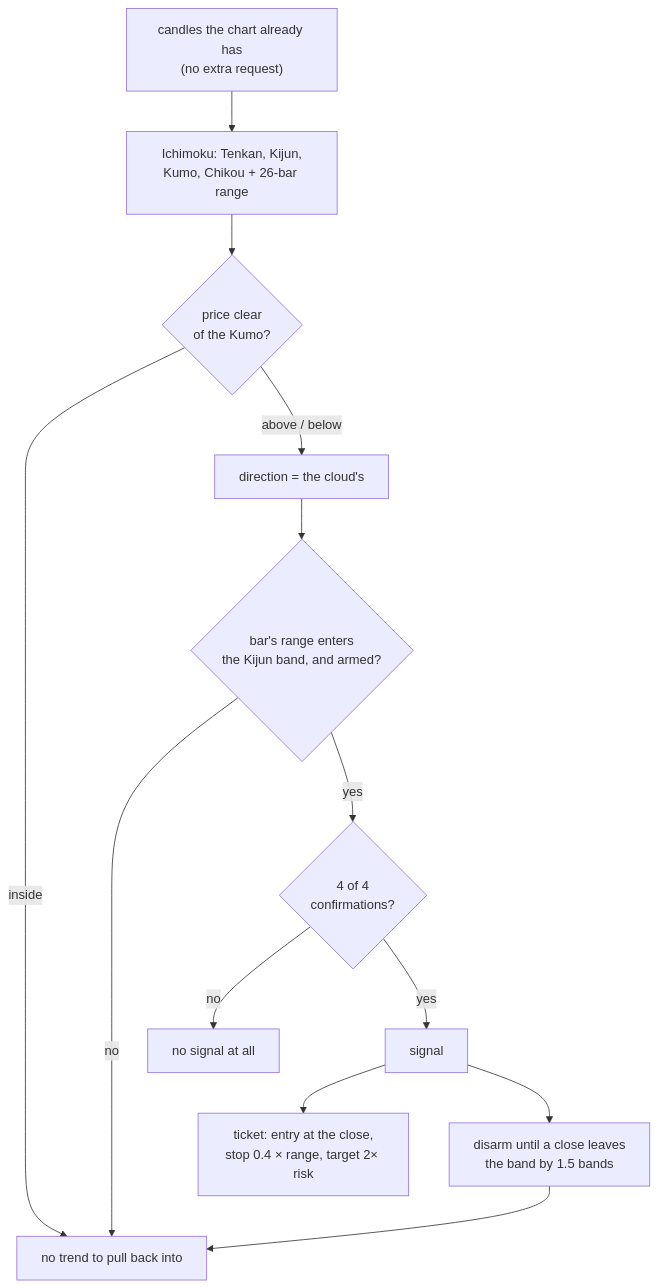
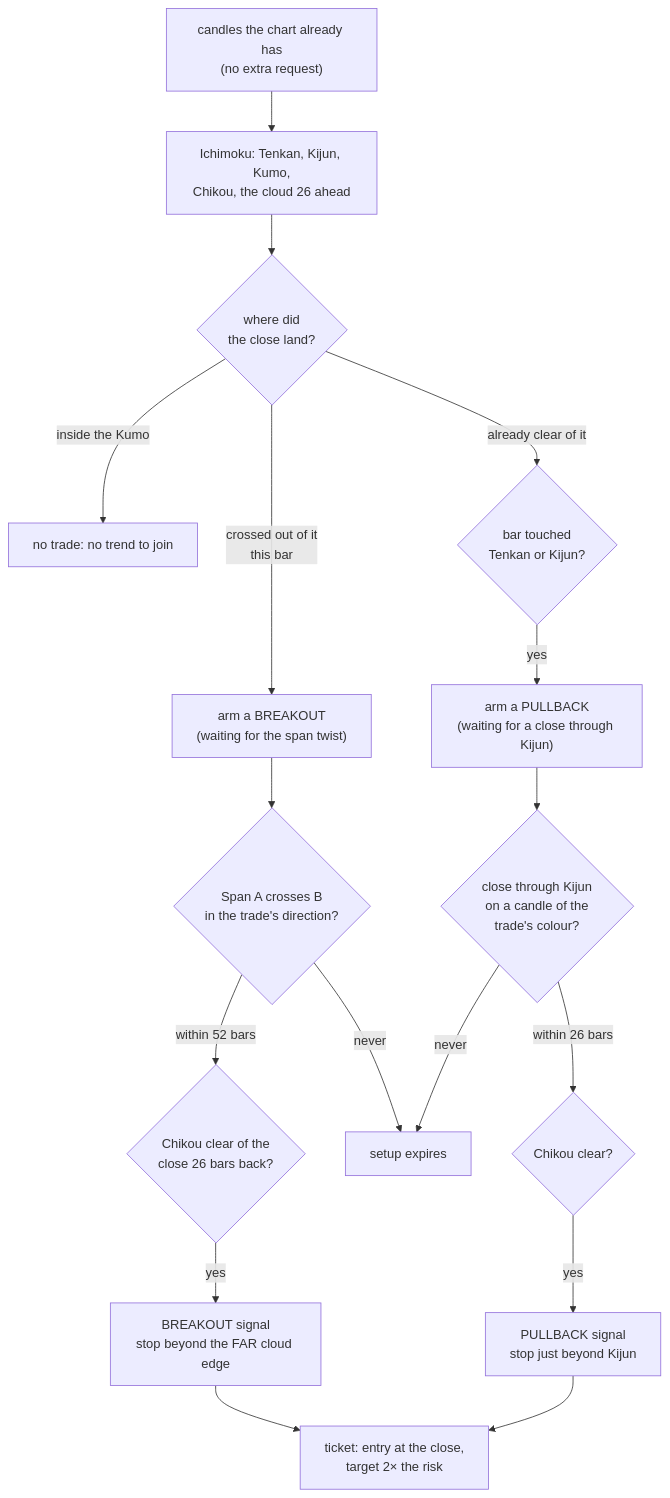
One commit to davide963-ux/ichialgo-ve-rea changed the sixth of 8 diagrams in README.md. Above: the diagram before and after it, drawn with Mermaid. The commit also changed other lines of this file and 43 other files, not shown here.

````diff
--- a/README.md
+++ b/README.md
@@ -410,15 +407,19 @@
 ```mermaid
 flowchart TD
-    C["candles the chart already has<br/>(no extra request)"] --> I["Ichimoku: Tenkan, Kijun,<br/>Kumo, Chikou + 26-bar range"]
-    I --> K{"price clear<br/>of the Kumo?"}
-    K -- "inside" --> W["no trend to pull back into"]
-    K -- "above / below" --> D["direction = the cloud's"]
-    D --> B{"bar's range enters<br/>the Kijun band, and armed?"}
-    B -- no --> W
-    B -- yes --> G{"4 of 4<br/>confirmations?"}
-    G -- no --> X["no signal at all"]
-    G -- yes --> T["signal"]
-    T --> P["ticket: entry at the close,<br/>stop 0.4 × range, target 2× risk"]
-    T --> R["disarm until a close leaves<br/>the band by 1.5 bands"]
-    R --> W
+    C["candles the chart already has<br/>(no extra request)"] --> I["Ichimoku: Tenkan, Kijun, Kumo,<br/>Chikou, the cloud 26 ahead"]
+    I --> K{"where did<br/>the close land?"}
+    K -- "inside the Kumo" --> W["no trade: no trend to join"]
+    K -- "crossed out of it<br/>this bar" --> ARM["arm a BREAKOUT<br/>(waiting for the span twist)"]
+    K -- "already clear of it" --> TCH{"bar touched<br/>Tenkan or Kijun?"}
+    TCH -- yes --> ARM2["arm a PULLBACK<br/>(waiting for a close through Kijun)"]
+    ARM --> TW{"Span A crosses B<br/>in the trade's direction?"}
+    TW -- "within 52 bars" --> CH1{"Chikou clear of the<br/>close 26 bars back?"}
+    TW -- "never" --> EXP["setup expires"]
+    CH1 -- yes --> SB["BREAKOUT signal<br/>stop beyond the FAR cloud edge"]
+    ARM2 --> CL{"close through Kijun<br/>on a candle of the<br/>trade's colour?"}
+    CL -- "within 26 bars" --> CH2{"Chikou clear?"}
+    CL -- "never" --> EXP
+    CH2 -- yes --> SP["PULLBACK signal<br/>stop just beyond Kijun"]
+    SB --> T["ticket: entry at the close,<br/>target 2× the risk"]
+    SP --> T
 ```
````
